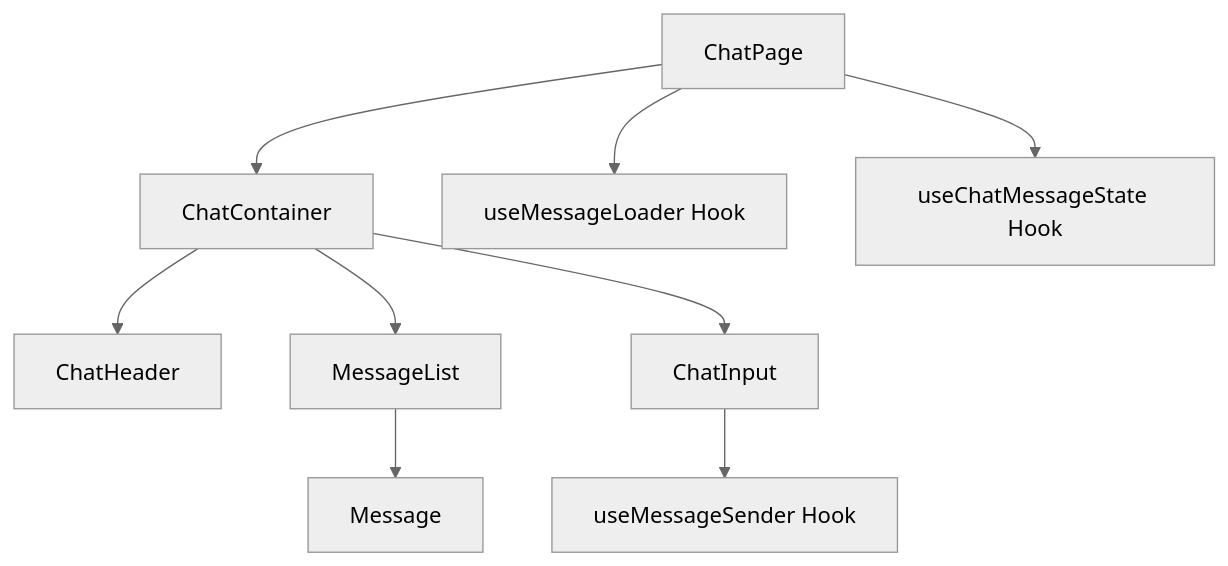
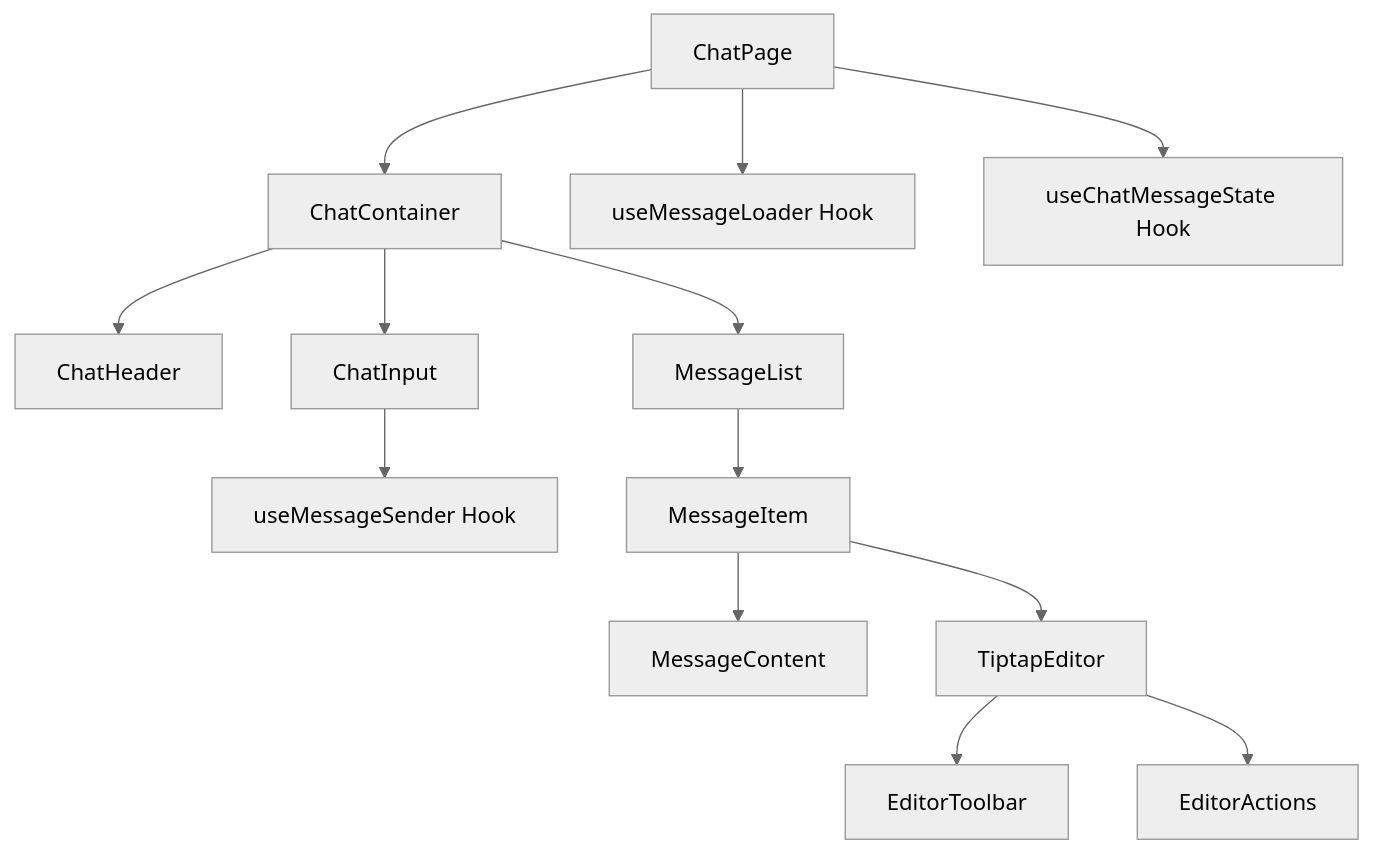
The diagram in src/docs/technical/chat/MESSAGE_PIPELINE.md (Rainman147/c-7127), drawn with Mermaid (neutral theme) before and after one commit. The commit also changed other lines of this file, not shown here.

````diff
--- a/src/docs/technical/chat/MESSAGE_PIPELINE.md
+++ b/src/docs/technical/chat/MESSAGE_PIPELINE.md
@@ -6,11 +6,15 @@
 ```mermaid
 graph TD
     ChatPage --> ChatContainer
     ChatContainer --> ChatHeader
     ChatContainer --> MessageList
     ChatContainer --> ChatInput
     ChatInput --> MessageSender[useMessageSender Hook]
-    MessageList --> Message
+    MessageList --> MessageItem
+    MessageItem --> MessageContent
+    MessageItem --> TiptapEditor
+    TiptapEditor --> EditorToolbar
+    TiptapEditor --> EditorActions
     ChatPage --> MessageLoader[useMessageLoader Hook]
     ChatPage --> MessageState[useChatMessageState Hook]
 ```
````
